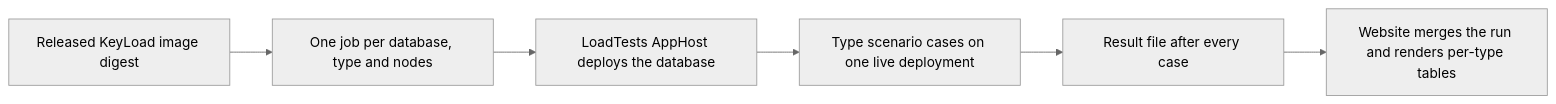
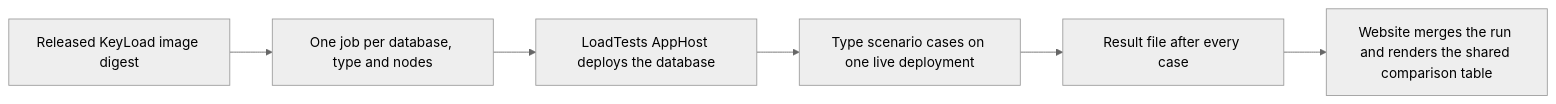
Diagram 23 of 26 in docs/Architecture.md (managedcode/KeyLoad), drawn with Mermaid (neutral theme) before and after one commit. The commit also changed other lines of this file and 14 other files, not shown here.

````diff
--- a/docs/Architecture.md
+++ b/docs/Architecture.md
@@ -727,8 +727,8 @@
 ```mermaid
 flowchart LR
     Image[Released KeyLoad image digest] --> Job[One job per database, type and nodes]
     Job --> AppHost[LoadTests AppHost deploys the database]
     AppHost --> Cases[Type scenario cases on one live deployment]
     Cases --> File[Result file after every case]
-    File --> Website[Website merges the run and renders per-type tables]
+    File --> Website[Website merges the run and renders the shared comparison table]
 ```
````
